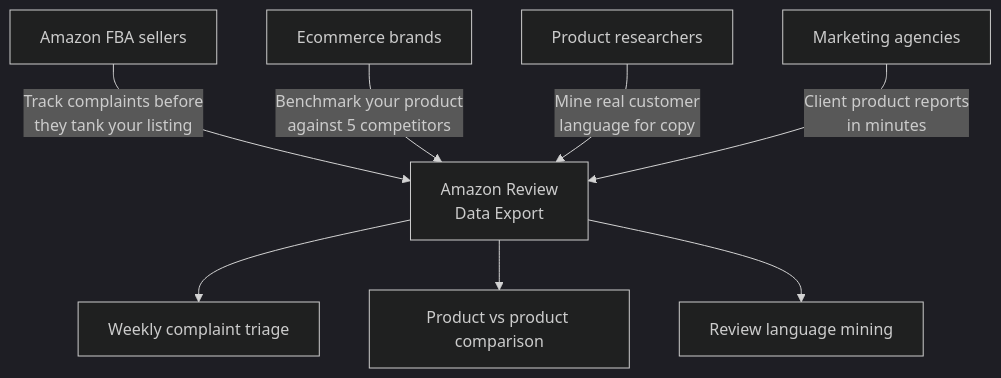
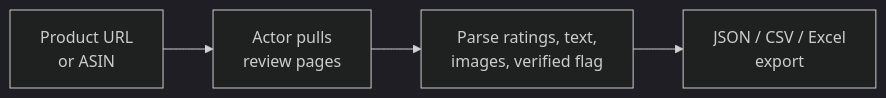
The first of 3 diagrams in actors/amazon-review-intelligence/README.md (Ken-Mutisya/scrapemint), drawn with Mermaid (dark theme) before and after one commit. The commit also changed other lines of this file and 3 other files, not shown here.

First line of the commit message:
Tighten Reddit, HN, Product Hunt, and Amazon READMEs for organic search

````diff
--- a/actors/amazon-review-intelligence/README.md
+++ b/actors/amazon-review-intelligence/README.md
@@ -11,10 +11,6 @@
 ```mermaid
-flowchart TD
-    A[Amazon FBA sellers] -->|Track complaints before<br/>they tank your listing| D[Amazon Review<br/>Data Export]
-    B[Ecommerce brands] -->|Benchmark your product<br/>against 5 competitors| D
-    C[Product researchers] -->|Mine real customer<br/>language for copy| D
-    R[Marketing agencies] -->|Client product reports<br/>in minutes| D
-    D --> E[Weekly complaint triage]
-    D --> F[Product vs product comparison]
-    D --> G[Review language mining]
+flowchart LR
+    A[Product URL<br/>or ASIN] --> B[Actor pulls<br/>review pages]
+    B --> C[Parse ratings, text,<br/>images, verified flag]
+    C --> D[JSON / CSV / Excel<br/>export]
 ```
````
